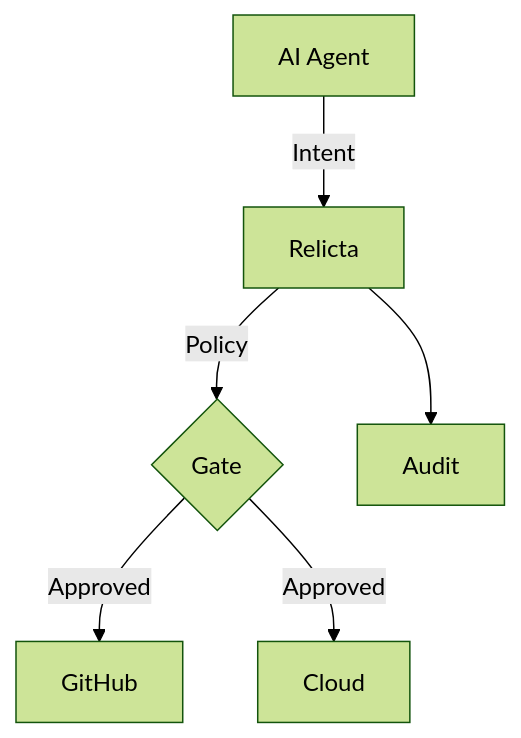
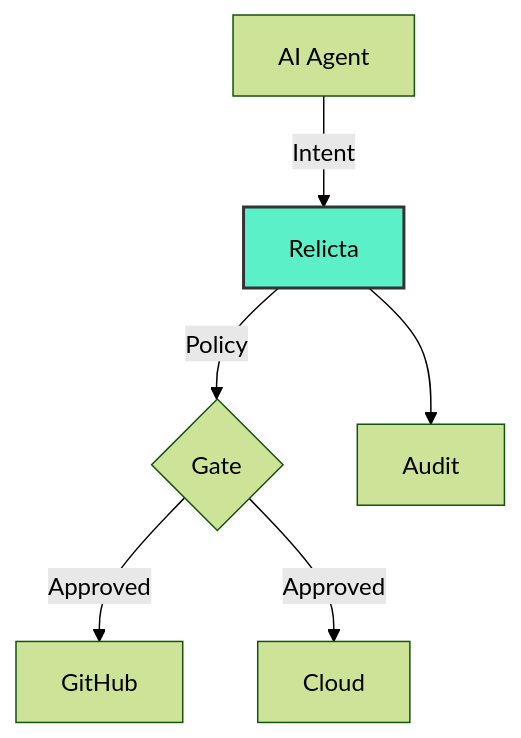
Before and after one commit to relicta-tech/relicta-site: the second of 5 diagrams in src/content/blog/why-ai-agents-need-permission.mdx, drawn with Mermaid (forest theme). The commit also changed other lines of this file, not shown here.

Commit message:
style(docs): normalize diagram labels, layout, and accent styling

````diff
--- a/src/content/blog/why-ai-agents-need-permission.mdx
+++ b/src/content/blog/why-ai-agents-need-permission.mdx
@@ -193,8 +193,11 @@
     ```mermaid
     flowchart TD
-      AgentB[AI Agent] -->|Intent| Relicta[Relicta]
-      Relicta -->|Policy| Gate{Gate}
-      Gate -->|Approved| GitHub[GitHub]
-      Gate -->|Approved| Cloud[Cloud]
-      Relicta --> Audit[Audit]
+      AgentB["AI Agent"] -->|Intent| Relicta["Relicta"]
+      Relicta -->|Policy| Gate{"Gate"}
+      Gate -->|Approved| GitHub["GitHub"]
+      Gate -->|Approved| Cloud["Cloud"]
+      Relicta --> Audit["Audit"]
+
+      classDef accent fill:#5cf0c8,stroke:#333,stroke-width:2px,color:#000;
+      class Relicta accent;
     ```
````
